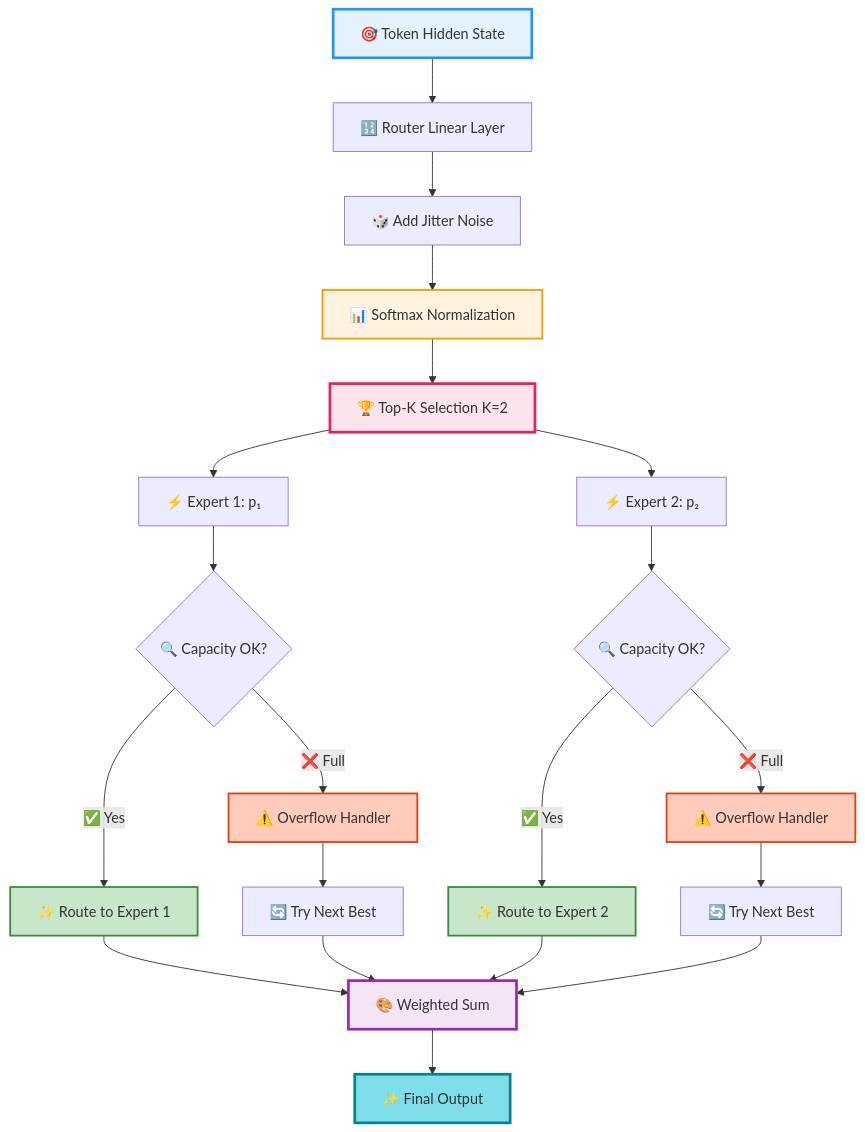
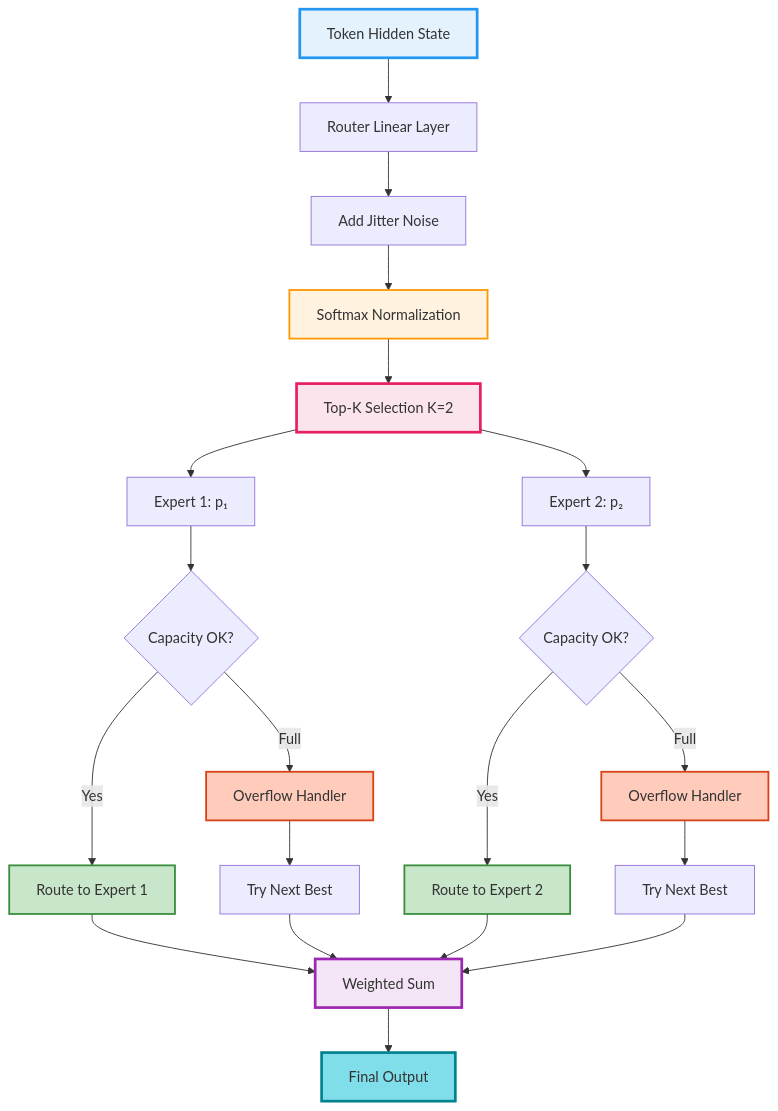
The fifth of 23 diagrams in code/docs/FLOWCHARTS_VISUAL.md (Pizzaman213/Ava_AI), drawn with Mermaid before and after one commit. The commit also changed other lines of this file and 215 other files, not shown here.

````diff
--- a/code/docs/FLOWCHARTS_VISUAL.md
+++ b/code/docs/FLOWCHARTS_VISUAL.md
@@ -139,38 +139,38 @@
 ```mermaid
 graph TD
-    A[🎯 Token Hidden State] --> B[🔢 Router Linear Layer]
-    B --> C[🎲 Add Jitter Noise]
-    C --> D[📊 Softmax Normalization]
-    D --> E[🏆 Top-K Selection K=2]
+    A[ Token Hidden State] --> B[ Router Linear Layer]
+    B --> C[ Add Jitter Noise]
+    C --> D[ Softmax Normalization]
+    D --> E[ Top-K Selection K=2]
 
-    E --> F[⚡ Expert 1: p₁]
-    E --> G[⚡ Expert 2: p₂]
+    E --> F[ Expert 1: p₁]
+    E --> G[ Expert 2: p₂]
 
-    F --> H{🔍 Capacity OK?}
-    H -->|✅ Yes| I[✨ Route to Expert 1]
-    H -->|❌ Full| J[⚠️ Overflow Handler]
+    F --> H{ Capacity OK?}
+    H -->| Yes| I[ Route to Expert 1]
+    H -->| Full| J[ Overflow Handler]
 
-    G --> K{🔍 Capacity OK?}
-    K -->|✅ Yes| L[✨ Route to Expert 2]
-    K -->|❌ Full| M[⚠️ Overflow Handler]
+    G --> K{ Capacity OK?}
+    K -->| Yes| L[ Route to Expert 2]
+    K -->| Full| M[ Overflow Handler]
 
-    J --> N[🔄 Try Next Best]
-    M --> O[🔄 Try Next Best]
+    J --> N[ Try Next Best]
+    M --> O[ Try Next Best]
 
-    I --> P[🎨 Weighted Sum]
+    I --> P[ Weighted Sum]
     L --> P
     N --> P
     O --> P
 
-    P --> Q[✨ Final Output]
+    P --> Q[ Final Output]
 
     style A fill:#E3F2FD,stroke:#2196F3,stroke-width:3px
     style D fill:#FFF3E0,stroke:#FF9800,stroke-width:2px
     style E fill:#FCE4EC,stroke:#E91E63,stroke-width:3px
     style I fill:#C8E6C9,stroke:#388E3C,stroke-width:2px
     style L fill:#C8E6C9,stroke:#388E3C,stroke-width:2px
     style J fill:#FFCCBC,stroke:#D84315,stroke-width:2px
     style M fill:#FFCCBC,stroke:#D84315,stroke-width:2px
     style P fill:#F3E5F5,stroke:#9C27B0,stroke-width:3px
     style Q fill:#80DEEA,stroke:#00838F,stroke-width:3px
 ```
````
